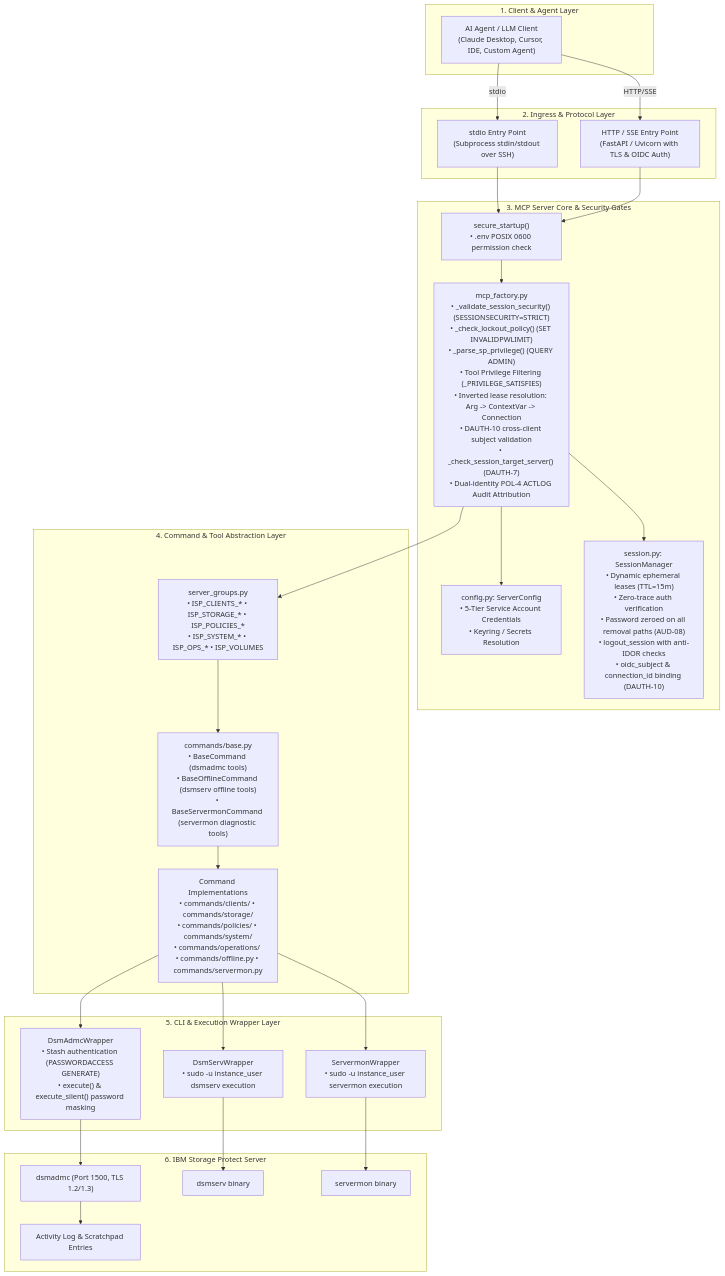
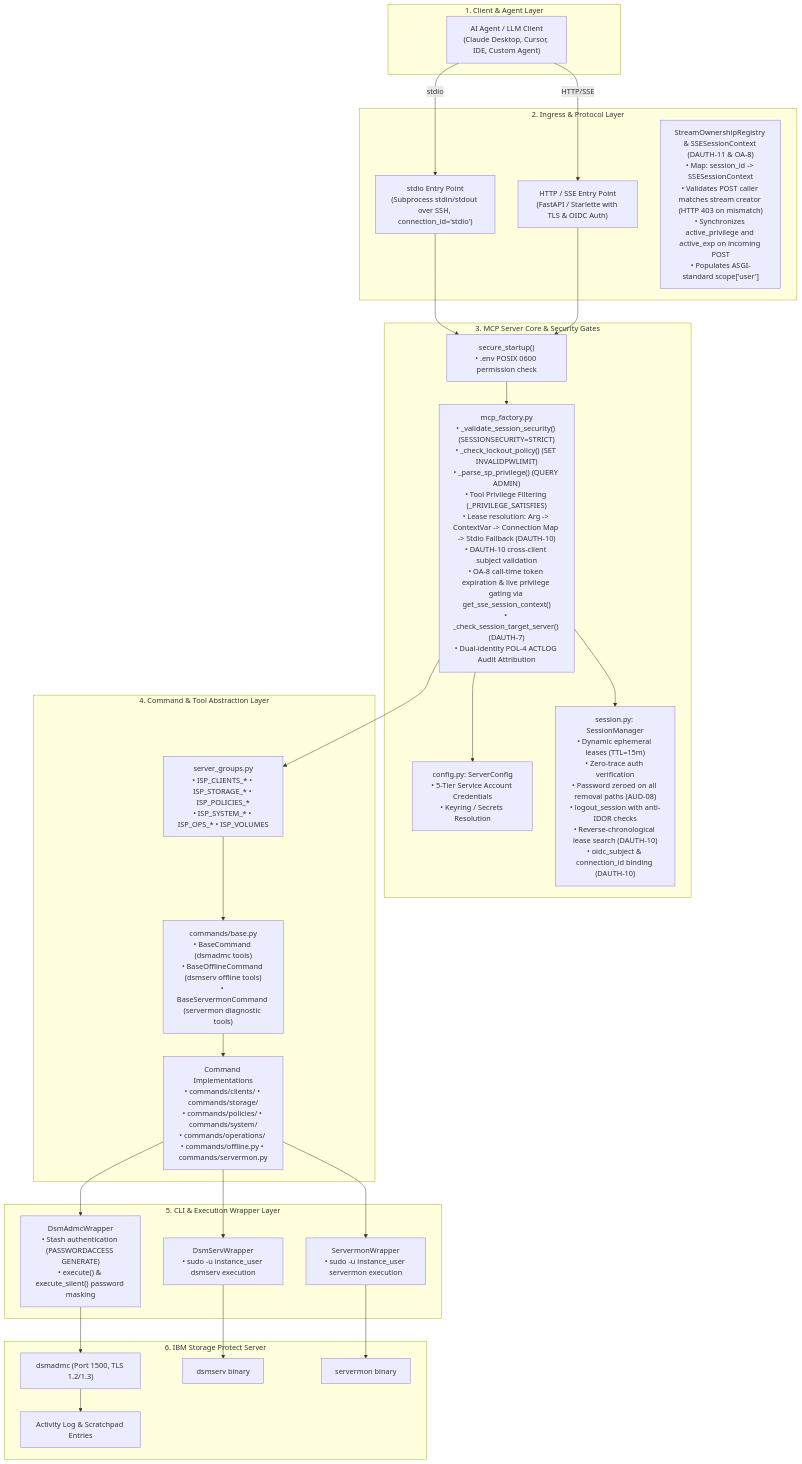
One commit to IBM/storage-protect-mcp-server changed the first of 6 diagrams in docs/architecture/architecture.md. Above: the diagram before and after it, drawn with Mermaid. The commit also changed other lines of this file and 30 other files, not shown here.

````diff
--- a/docs/architecture/architecture.md
+++ b/docs/architecture/architecture.md
@@ -54,55 +54,56 @@
 ```mermaid
 graph TD
     subgraph ClientTier ["1. Client & Agent Layer"]
         AGENT["AI Agent / LLM Client\n(Claude Desktop, Cursor, IDE, Custom Agent)"]
     end
 
     subgraph IngressTier ["2. Ingress & Protocol Layer"]
-        STDIO_EP["stdio Entry Point\n(Subprocess stdin/stdout over SSH)"]
-        HTTP_EP["HTTP / SSE Entry Point\n(FastAPI / Uvicorn with TLS & OIDC Auth)"]
+        STDIO_EP["stdio Entry Point\n(Subprocess stdin/stdout over SSH, connection_id='stdio')"]
+        HTTP_EP["HTTP / SSE Entry Point\n(FastAPI / Starlette with TLS & OIDC Auth)"]
+        STREAM_REG["StreamOwnershipRegistry & SSESessionContext (DAUTH-11 & OA-8)\n• Map: session_id -> SSESessionContext\n• Validates POST caller matches stream creator (HTTP 403 on mismatch)\n• Synchronizes active_privilege and active_exp on incoming POST\n• Populates ASGI-standard scope['user']"]
     end
 
     subgraph CoreTier ["3. MCP Server Core & Security Gates"]
         SEC_START["secure_startup()\n• .env POSIX 0600 permission check"]
         CONFIG_MGR["config.py: ServerConfig\n• 5-Tier Service Account Credentials\n• Keyring / Secrets Resolution"]
-        SESS_MGR["session.py: SessionManager\n• Dynamic ephemeral leases (TTL=15m)\n• Zero-trace auth verification\n• Password zeroed on all removal paths (AUD-08)\n• logout_session with anti-IDOR checks\n• oidc_subject & connection_id binding (DAUTH-10)"]
-        FACTORY["mcp_factory.py\n• _validate_session_security() (SESSIONSECURITY=STRICT)\n• _check_lockout_policy() (SET INVALIDPWLIMIT)\n• _parse_sp_privilege() (QUERY ADMIN)\n• Tool Privilege Filtering (_PRIVILEGE_SATISFIES)\n• Inverted lease resolution: Arg -> ContextVar -> Connection\n• DAUTH-10 cross-client subject validation\n• _check_session_target_server() (DAUTH-7)\n• Dual-identity POL-4 ACTLOG Audit Attribution"]
+        SESS_MGR["session.py: SessionManager\n• Dynamic ephemeral leases (TTL=15m)\n• Zero-trace auth verification\n• Password zeroed on all removal paths (AUD-08)\n• logout_session with anti-IDOR checks\n• Reverse-chronological lease search (DAUTH-10)\n• oidc_subject & connection_id binding (DAUTH-10)"]
+        FACTORY["mcp_factory.py\n• _validate_session_security() (SESSIONSECURITY=STRICT)\n• _check_lockout_policy() (SET INVALIDPWLIMIT)\n• _parse_sp_privilege() (QUERY ADMIN)\n• Tool Privilege Filtering (_PRIVILEGE_SATISFIES)\n• Lease resolution: Arg -> ContextVar -> Connection Map -> Stdio Fallback (DAUTH-10)\n• DAUTH-10 cross-client subject validation\n• OA-8 call-time token expiration & live privilege gating via get_sse_session_context()\n• _check_session_target_server() (DAUTH-7)\n• Dual-identity POL-4 ACTLOG Audit Attribution"]
     end
 
     subgraph ModuleTier ["4. Command & Tool Abstraction Layer"]
         GROUPS["server_groups.py\n• ISP_CLIENTS_* • ISP_STORAGE_* • ISP_POLICIES_*\n• ISP_SYSTEM_* • ISP_OPS_* • ISP_VOLUMES"]
         BASE_CMD["commands/base.py\n• BaseCommand (dsmadmc tools)\n• BaseOfflineCommand (dsmserv offline tools)\n• BaseServermonCommand (servermon diagnostic tools)"]
         IMPL_CMD["Command Implementations\n• commands/clients/ • commands/storage/\n• commands/policies/ • commands/system/\n• commands/operations/ • commands/offline.py • commands/servermon.py"]
     end
 
     subgraph WrapperTier ["5. CLI & Execution Wrapper Layer"]
         ADMC_WRAP["DsmAdmcWrapper\n• Stash authentication (PASSWORDACCESS GENERATE)\n• execute() & execute_silent() password masking"]
         SERV_WRAP["DsmServWrapper\n• sudo -u instance_user dsmserv execution"]
         MON_WRAP["ServermonWrapper\n• sudo -u instance_user servermon execution"]
     end
 
     subgraph StorageProtectTier ["6. IBM Storage Protect Server"]
         DSMADMC["dsmadmc (Port 1500, TLS 1.2/1.3)"]
         DSMSERV["dsmserv binary"]
         SERVERMON["servermon binary"]
         ACTLOG["Activity Log & Scratchpad Entries"]
     end
 
     AGENT -->|stdio| STDIO_EP
     AGENT -->|HTTP/SSE| HTTP_EP
     STDIO_EP --> SEC_START
     HTTP_EP --> SEC_START
     SEC_START --> FACTORY
     FACTORY --> SESS_MGR
     FACTORY --> CONFIG_MGR
     FACTORY --> GROUPS
     GROUPS --> BASE_CMD
     BASE_CMD --> IMPL_CMD
     IMPL_CMD --> ADMC_WRAP
     IMPL_CMD --> SERV_WRAP
     IMPL_CMD --> MON_WRAP
     ADMC_WRAP --> DSMADMC
     SERV_WRAP --> DSMSERV
     MON_WRAP --> SERVERMON
     DSMADMC --> ACTLOG
 ```
````
